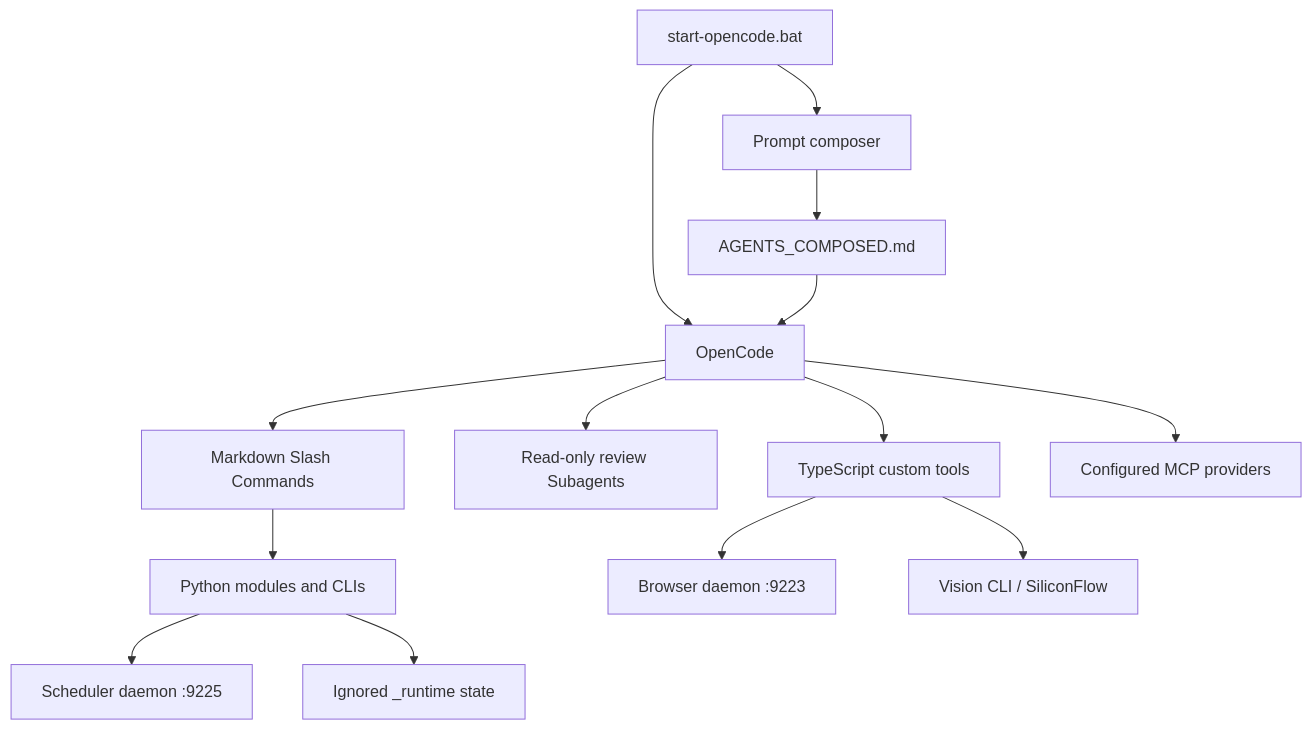
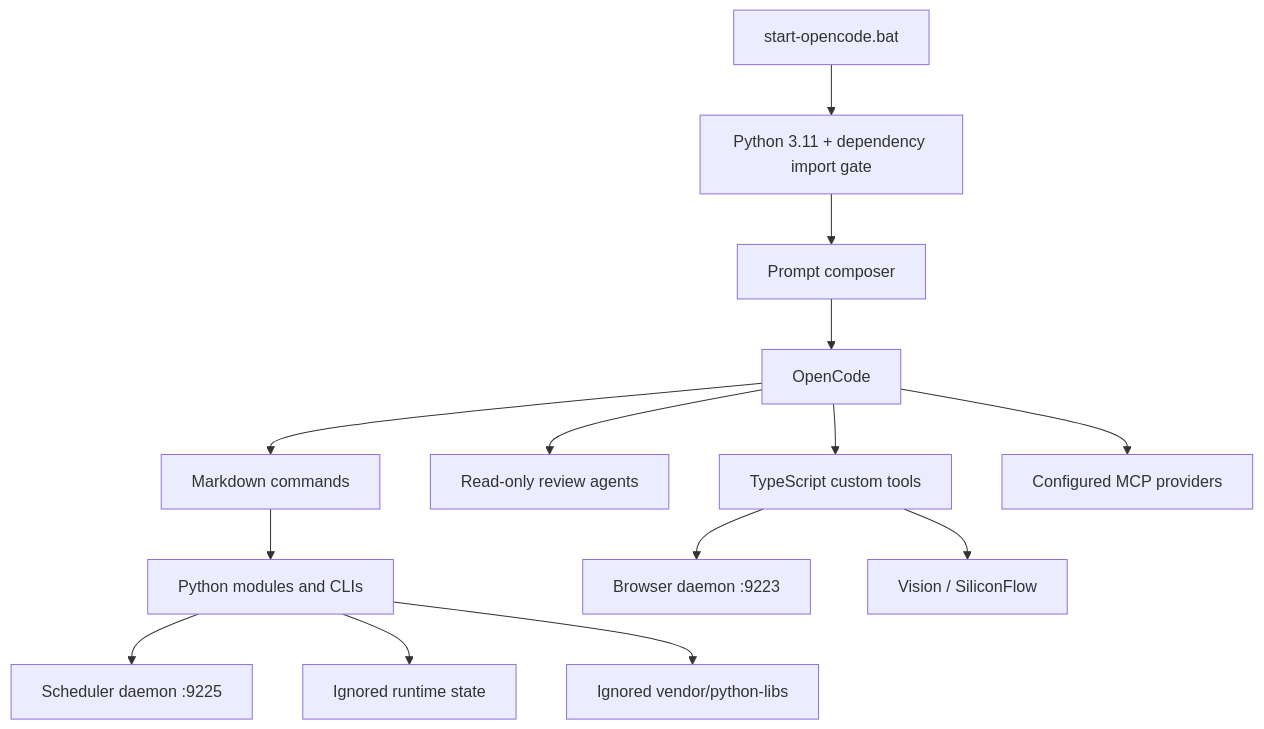
Before and after one commit to Mark-UM/agent-forge: the diagram in _docs/ARCHITECTURE.md, drawn with Mermaid. The commit also changed other lines of this file and 46 other files, not shown here.

````diff
--- a/_docs/ARCHITECTURE.md
+++ b/_docs/ARCHITECTURE.md
@@ -11,16 +11,16 @@
 ```mermaid
 flowchart TD
-    L["start-opencode.bat"] --> P["Prompt composer"]
-    L --> O["OpenCode"]
-    P --> G["AGENTS_COMPOSED.md"]
-    G --> O
-    O --> C["Markdown Slash Commands"]
-    O --> A["Read-only review Subagents"]
+    L["start-opencode.bat"] --> D["Python 3.11 + dependency import gate"]
+    D --> P["Prompt composer"]
+    P --> O["OpenCode"]
+    O --> C["Markdown commands"]
+    O --> A["Read-only review agents"]
     O --> T["TypeScript custom tools"]
     O --> M["Configured MCP providers"]
     C --> PY["Python modules and CLIs"]
     T --> B["Browser daemon :9223"]
-    T --> V["Vision CLI / SiliconFlow"]
+    T --> V["Vision / SiliconFlow"]
     PY --> S["Scheduler daemon :9225"]
-    PY --> R["Ignored _runtime state"]
+    PY --> R["Ignored runtime state"]
+    PY --> X["Ignored vendor/python-libs"]
 ```
````
